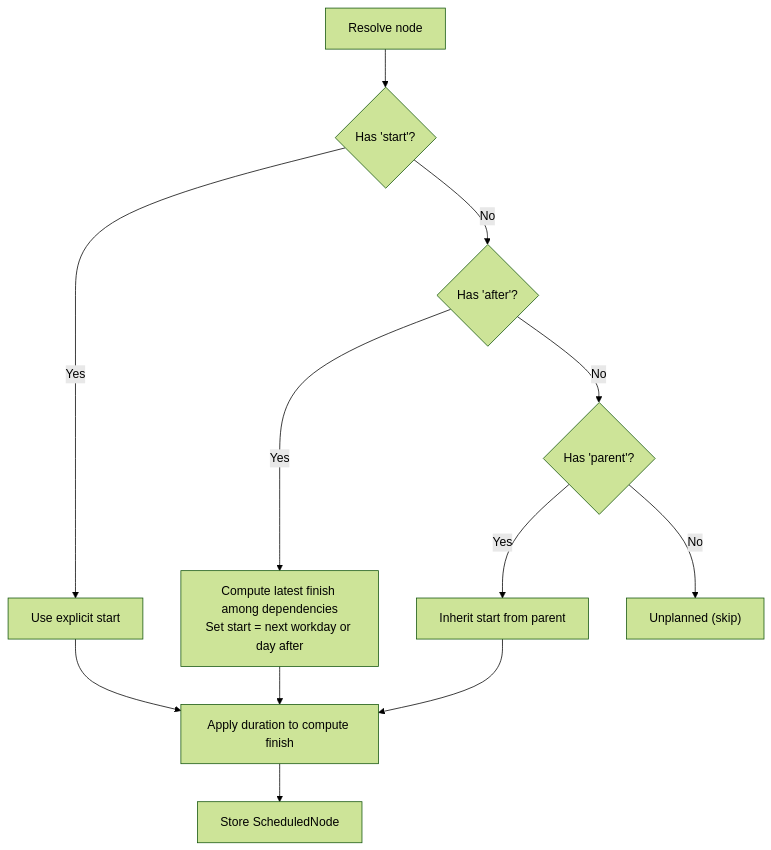
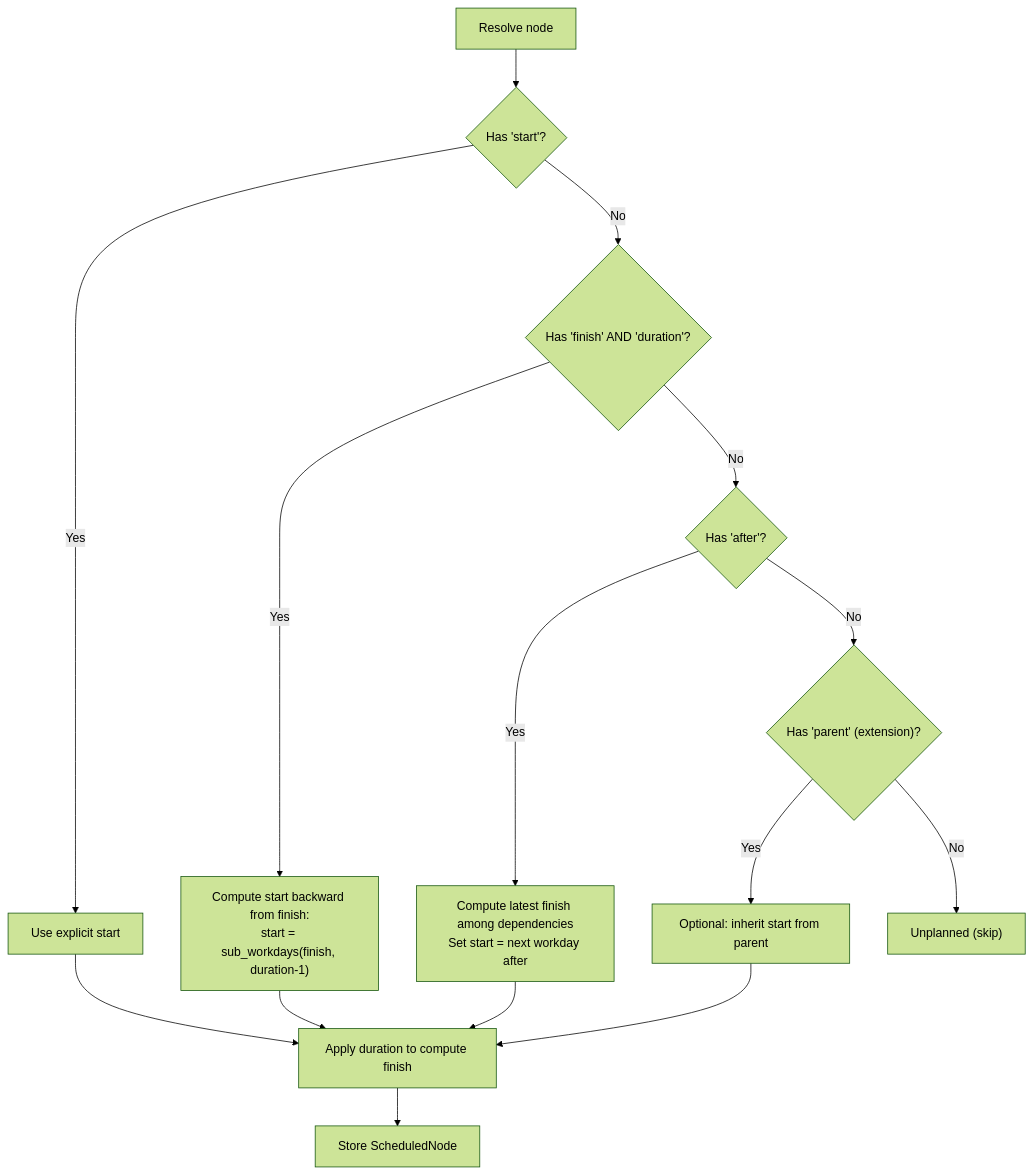
One commit to asukhodko/opskarta changed the fifth of 9 diagrams in .qoder/repowiki/en/content/Specification Reference/Data Models/Data Models.md. Above: the diagram before and after it, drawn with Mermaid (forest theme). The commit also changed other lines of this file and 7 other files, not shown here.

````diff
--- a/.qoder/repowiki/en/content/Specification Reference/Data Models/Data Models.md
+++ b/.qoder/repowiki/en/content/Specification Reference/Data Models/Data Models.md
@@ -315,14 +359,17 @@
 ```mermaid
 flowchart TD
 A["Resolve node"] --> B{"Has 'start'?"}
 B --> |Yes| C["Use explicit start"]
-B --> |No| D{"Has 'after'?"}
-D --> |Yes| E["Compute latest finish among dependencies<br/>Set start = next workday or day after"]
-D --> |No| F{"Has 'parent'?"}
-F --> |Yes| G["Inherit start from parent"]
-F --> |No| H["Unplanned (skip)"]
-E --> I["Apply duration to compute finish"]
-C --> I
-G --> I
-I --> J["Store ScheduledNode"]
+B --> |No| D{"Has 'finish' AND 'duration'?"}
+D --> |Yes| E["Compute start backward from finish:<br/>start = sub_workdays(finish, duration-1)"]
+D --> |No| F{"Has 'after'?"}
+F --> |Yes| G["Compute latest finish among dependencies<br/>Set start = next workday after"]
+F --> |No| H{"Has 'parent' (extension)?"}
+H --> |Yes| I["Optional: inherit start from parent"]
+H --> |No| J["Unplanned (skip)"]
+E --> K["Apply duration to compute finish"]
+C --> K
+G --> K
+I --> K
+K --> L["Store ScheduledNode"]
 ```
````
